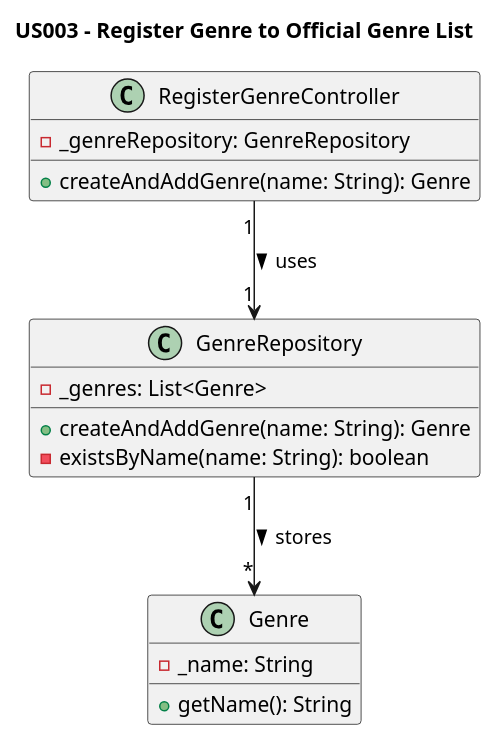
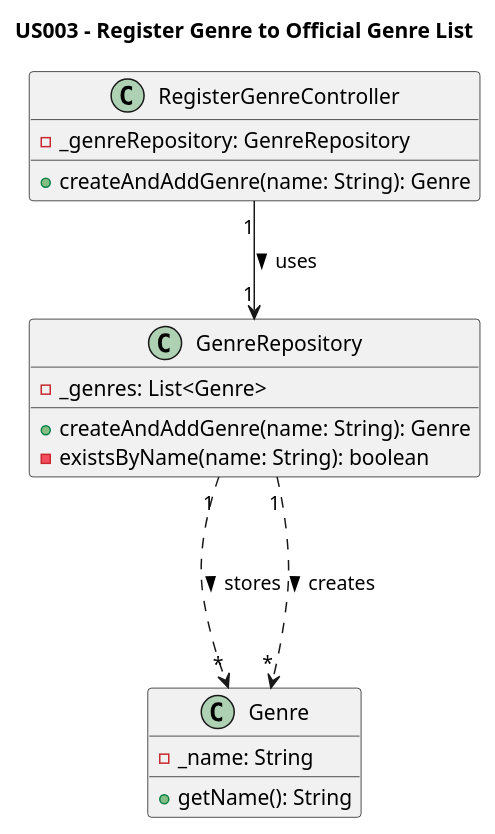
The diagram in Diagrams/ClassDiagrams/US003 - To add a publication genre to the genre list.puml (AndrePereiraGitH/SWitCH-Project-Team_A), drawn with PlantUML before and after one commit. The commit also changed 14 other files, not shown here.

```diff
--- a/Diagrams/ClassDiagrams/US003 - To add a publication genre to the genre list.puml
+++ b/Diagrams/ClassDiagrams/US003 - To add a publication genre to the genre list.puml
@@ -1,23 +1,26 @@
 @startuml
 title US003 - Register Genre to Official Genre List
 
 class RegisterGenreController {
   -_genreRepository: GenreRepository
   +createAndAddGenre(name: String): Genre
 }
 
 class GenreRepository {
   -_genres: List<Genre>
   +createAndAddGenre(name: String): Genre
   -existsByName(name: String): boolean
 }
 
 class Genre {
   -_name: String
   +getName(): String
 }
 
+
 RegisterGenreController "1" --> "1" GenreRepository : uses >
-GenreRepository "1" --> "*" Genre : stores >
+GenreRepository "1" -.-> "*" Genre : stores >
+GenreRepository "1" -.-> "*" Genre : creates >
+
 
 @enduml
```
